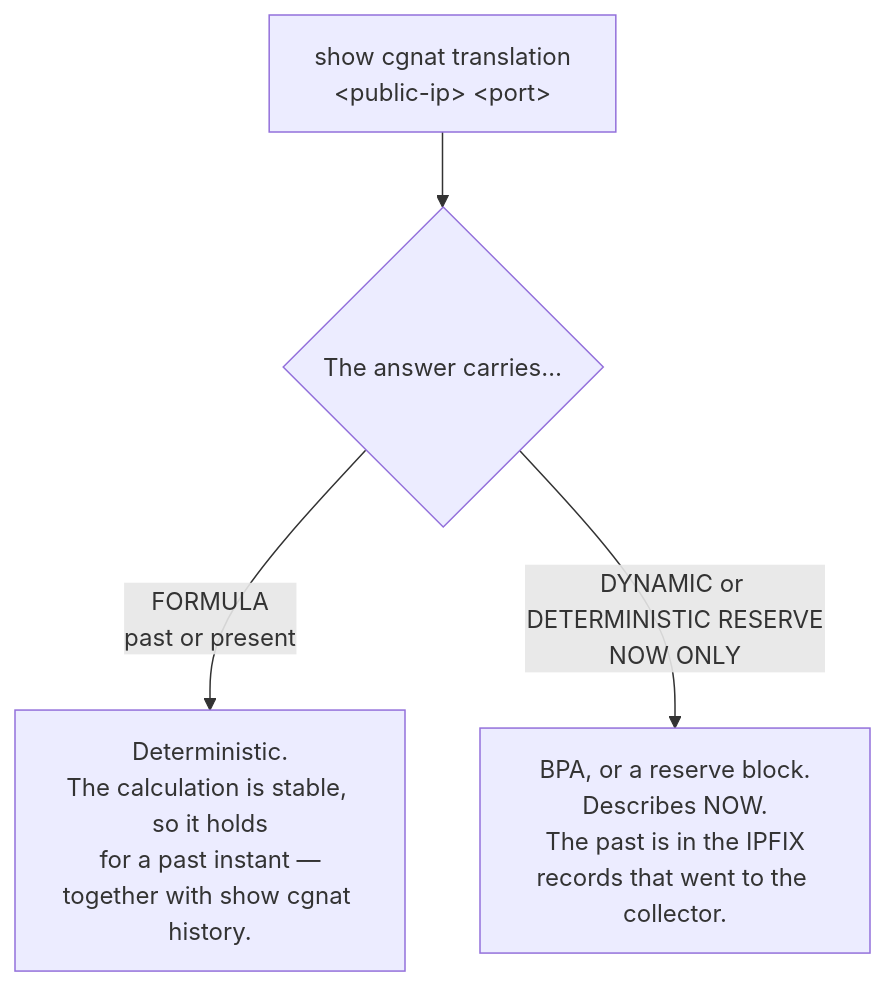
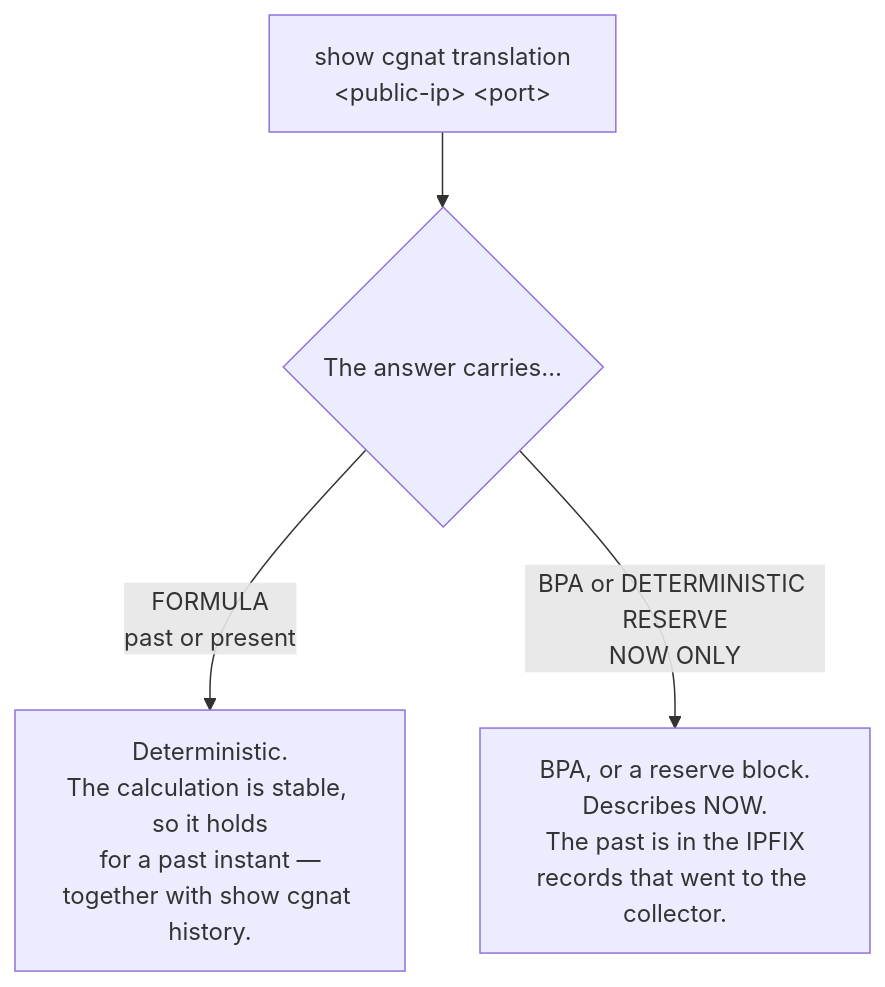
The diagram in wiki/reference/prismash-vty-user-guide/show-commands.md (andrediashexa/prismarouting), drawn with Mermaid before and after one commit. The commit also changed other lines of this file and 13 other files, not shown here.

First line of the commit message:
show cgnat translation says BPA for an on-demand block, not DYNAMIC (#619)

````diff
--- a/wiki/reference/prismash-vty-user-guide/show-commands.md
+++ b/wiki/reference/prismash-vty-user-guide/show-commands.md
@@ -796,6 +796,6 @@
 ```mermaid
 flowchart TD
     T["show cgnat translation<br/>&lt;public-ip&gt; &lt;port&gt;"] --> Q{"The answer carries…"}
     Q -->|"FORMULA<br/>past or present"| A["Deterministic.<br/>The calculation is stable, so it holds<br/>for a past instant —<br/>together with show cgnat history."]
-    Q -->|"DYNAMIC or DETERMINISTIC RESERVE<br/>NOW ONLY"| B["BPA, or a reserve block.<br/>Describes NOW.<br/>The past is in the IPFIX<br/>records that went to the collector."]
+    Q -->|"BPA or DETERMINISTIC RESERVE<br/>NOW ONLY"| B["BPA, or a reserve block.<br/>Describes NOW.<br/>The past is in the IPFIX<br/>records that went to the collector."]
 ```
````
